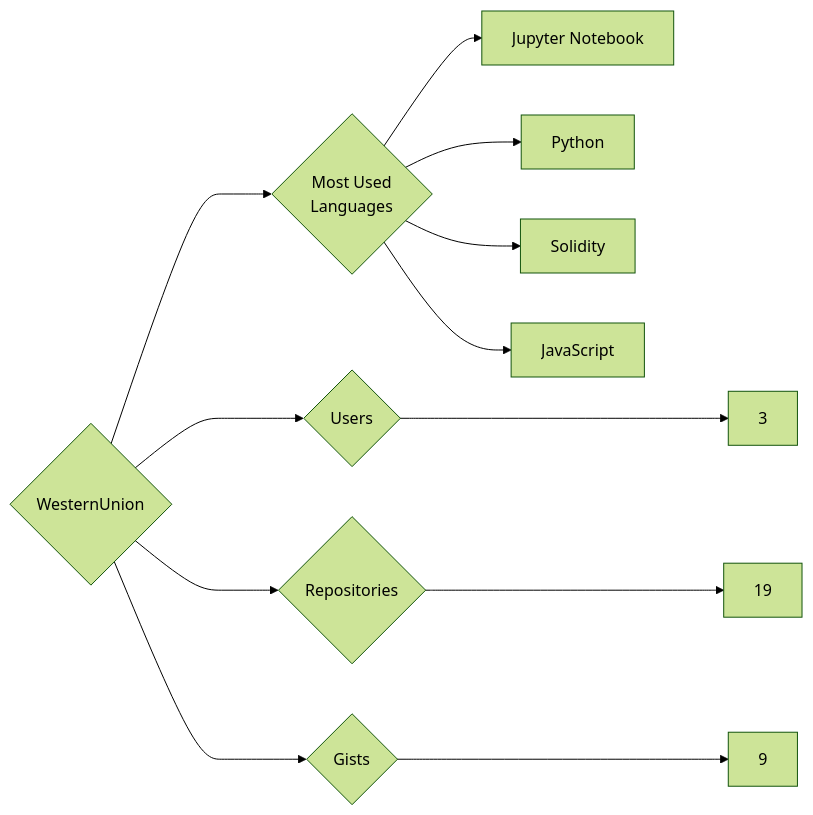
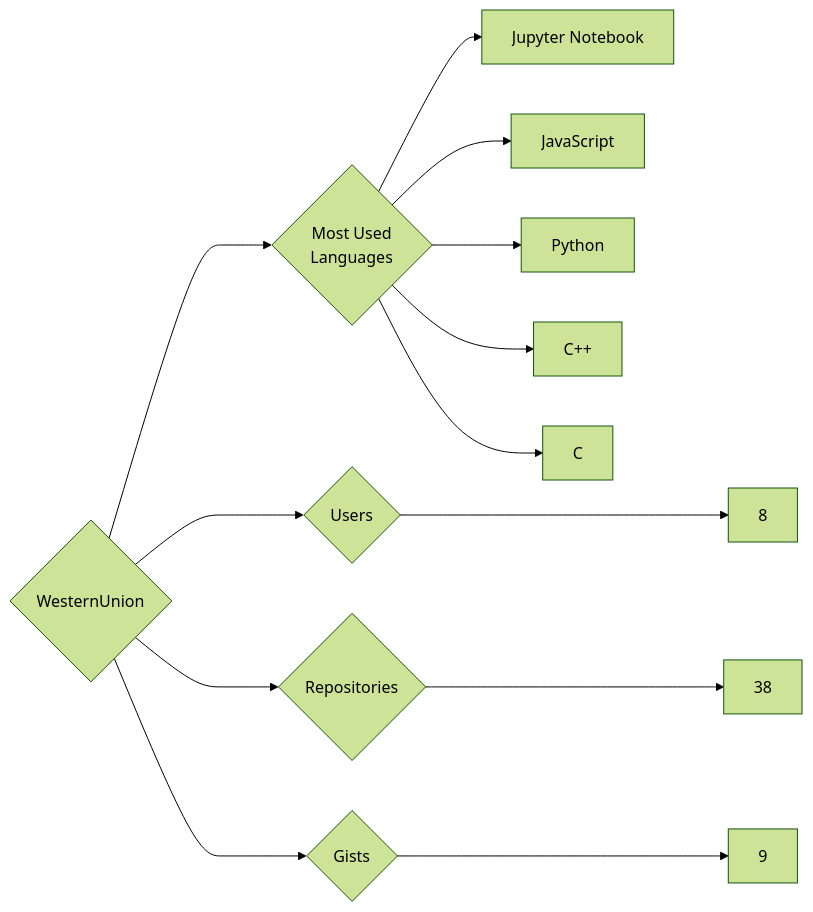
Before and after one commit to trickest/insiders: the diagram in targets/WesternUnion/README.md, drawn with Mermaid (forest theme). The commit also changed 815 other files, not shown here.

````diff
--- a/targets/WesternUnion/README.md
+++ b/targets/WesternUnion/README.md
@@ -3,12 +3,13 @@
 ```mermaid
 graph LR
 COMPANY_NAME{WesternUnion}
-COMPANY_NAME ---> U{Users} ---> UN[3]
-COMPANY_NAME ---> R{Repositories} ---> RN[19]
+COMPANY_NAME ---> U{Users} ---> UN[8]
+COMPANY_NAME ---> R{Repositories} ---> RN[38]
 COMPANY_NAME ---> G{Gists} ---> GN[9]
 COMPANY_NAME ---> ML{Most Used<br>Languages}
 ML --> Jupyter_Notebook[Jupyter Notebook]
+ML --> JavaScript[JavaScript]
 ML --> Python[Python]
-ML --> Solidity[Solidity]
-ML --> JavaScript[JavaScript]
+ML --> C++[C++]
+ML --> C[C]
 ```
````
